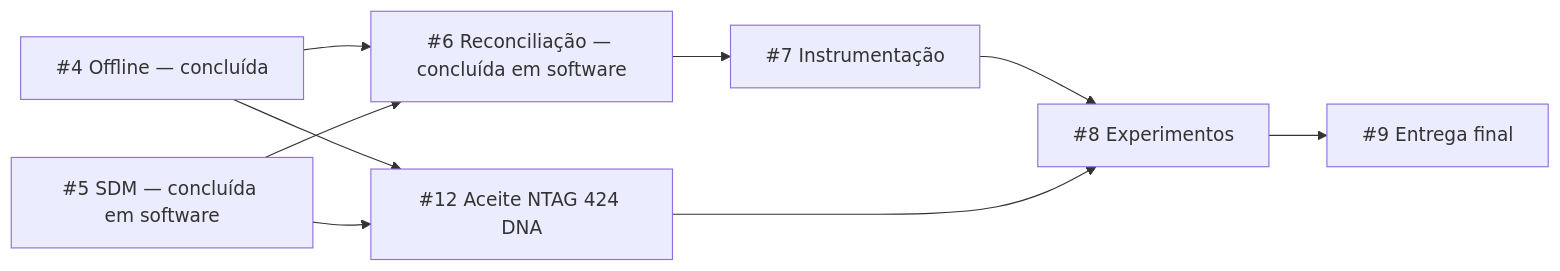
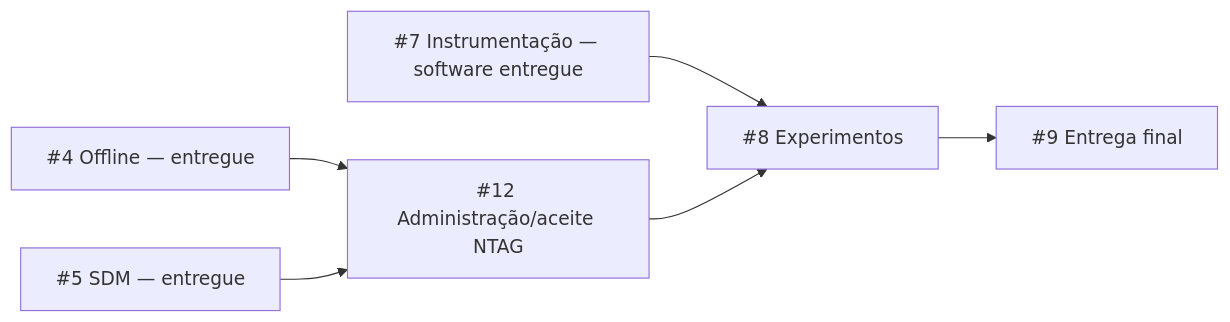
One commit to Joao-AugustoPF/nfc-trace-api changed the diagram in docs/project-status.md. Above: the diagram before and after it, drawn with Mermaid. The commit also changed other lines of this file and 32 other files, not shown here.

````diff
--- a/docs/project-status.md
+++ b/docs/project-status.md
@@ -37,11 +37,8 @@
 ```mermaid
 flowchart LR
-  O["#4 Offline — concluída"] --> R["#6 Reconciliação — concluída em software"]
-  S["#5 SDM — concluída em software"] --> R
-  R --> I["#7 Instrumentação"]
-  I --> E["#8 Experimentos"]
-  O --> H["#12 Aceite NTAG 424 DNA"]
-  S --> H
+  I["#7 Instrumentação — software entregue"] --> E["#8 Experimentos"]
+  O["#4 Offline — entregue"] --> H["#12 Administração/aceite NTAG"]
+  S["#5 SDM — entregue"] --> H
   H --> E
   E --> F["#9 Entrega final"]
 ```
````
